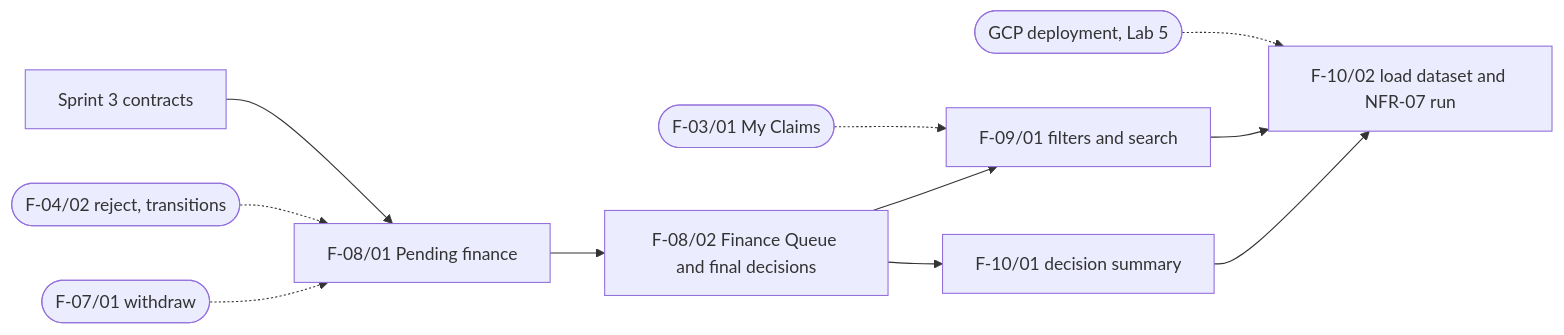
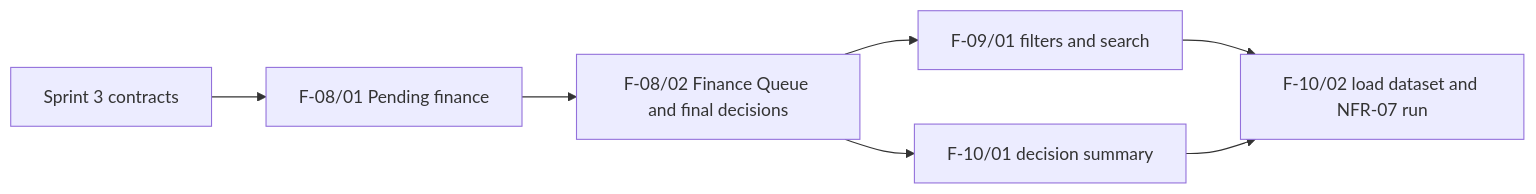
The second of 3 diagrams in docs/sprints/plan.md (beambeambeam/claimflow), drawn with Mermaid before and after one commit. The commit also changed other lines of this file, not shown here.

Commit message:
docs: limit the Sprint 3 work-order diagram to Sprint 3 tickets

````diff
--- a/docs/sprints/plan.md
+++ b/docs/sprints/plan.md
@@ -72,13 +72,9 @@
 ```mermaid
 flowchart LR
     C[Sprint 3 contracts] --> A
-    X1([F-04/02 reject, transitions]) -.-> A
-    X2([F-07/01 withdraw]) -.-> A
-    X3([F-03/01 My Claims]) -.-> D
-    X4([GCP deployment, Lab 5]) -.-> F
     A[F-08/01 Pending finance] --> B[F-08/02 Finance Queue and final decisions]
     B --> D[F-09/01 filters and search]
     B --> E[F-10/01 decision summary]
     D --> F[F-10/02 load dataset and NFR-07 run]
     E --> F
 ```
````
